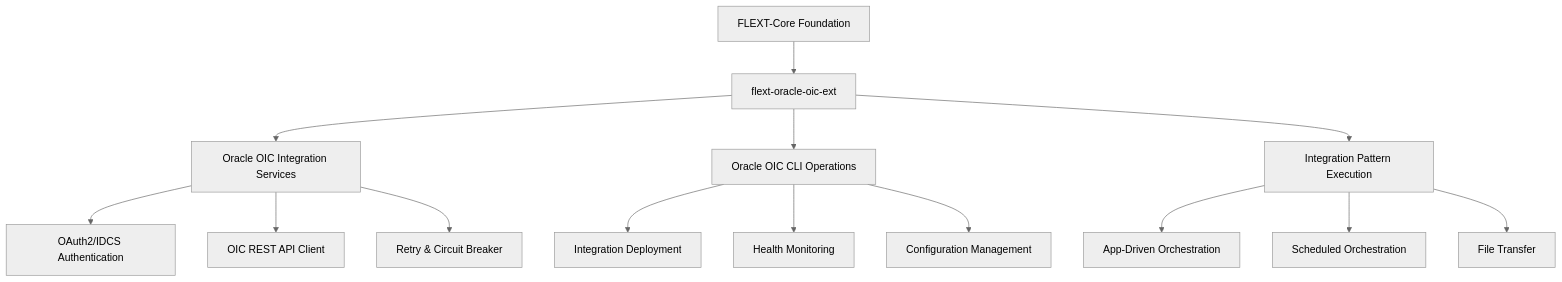
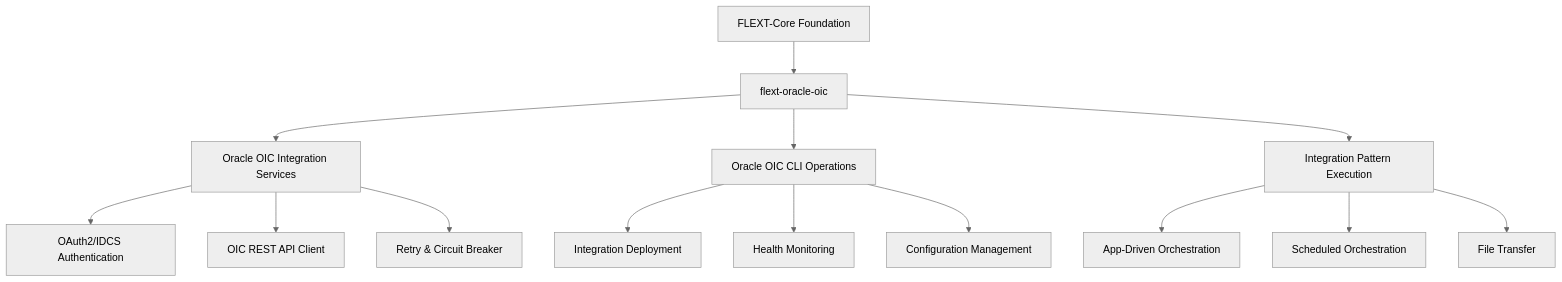
Before and after one commit to flext-sh/flext-oracle-oic: the diagram in README.md, drawn with Mermaid (neutral theme). The commit also changed other lines of this file and 43 other files, not shown here.

First line of the commit message:
refactor: Rename flext-oracle-oic-ext to flext-oracle-oic

````diff
--- a/README.md
+++ b/README.md
@@ -49,19 +49,19 @@
 ```mermaid
 graph TB
-    Core[FLEXT-Core Foundation] --> OIC[flext-oracle-oic-ext]
+    Core[FLEXT-Core Foundation] --> OIC[flext-oracle-oic]
     OIC --> Services[Oracle OIC Integration Services]
     OIC --> CLI[Oracle OIC CLI Operations]
     OIC --> Patterns[Integration Pattern Execution]
 
     Services --> Auth[OAuth2/IDCS Authentication]
     Services --> Client[OIC REST API Client]
     Services --> Retry[Retry & Circuit Breaker]
 
     CLI --> Deploy[Integration Deployment]
     CLI --> Monitor[Health Monitoring]
     CLI --> Config[Configuration Management]
 
     Patterns --> AppDriven[App-Driven Orchestration]
     Patterns --> Scheduled[Scheduled Orchestration]
     Patterns --> FileTransfer[File Transfer]
 ```
````
